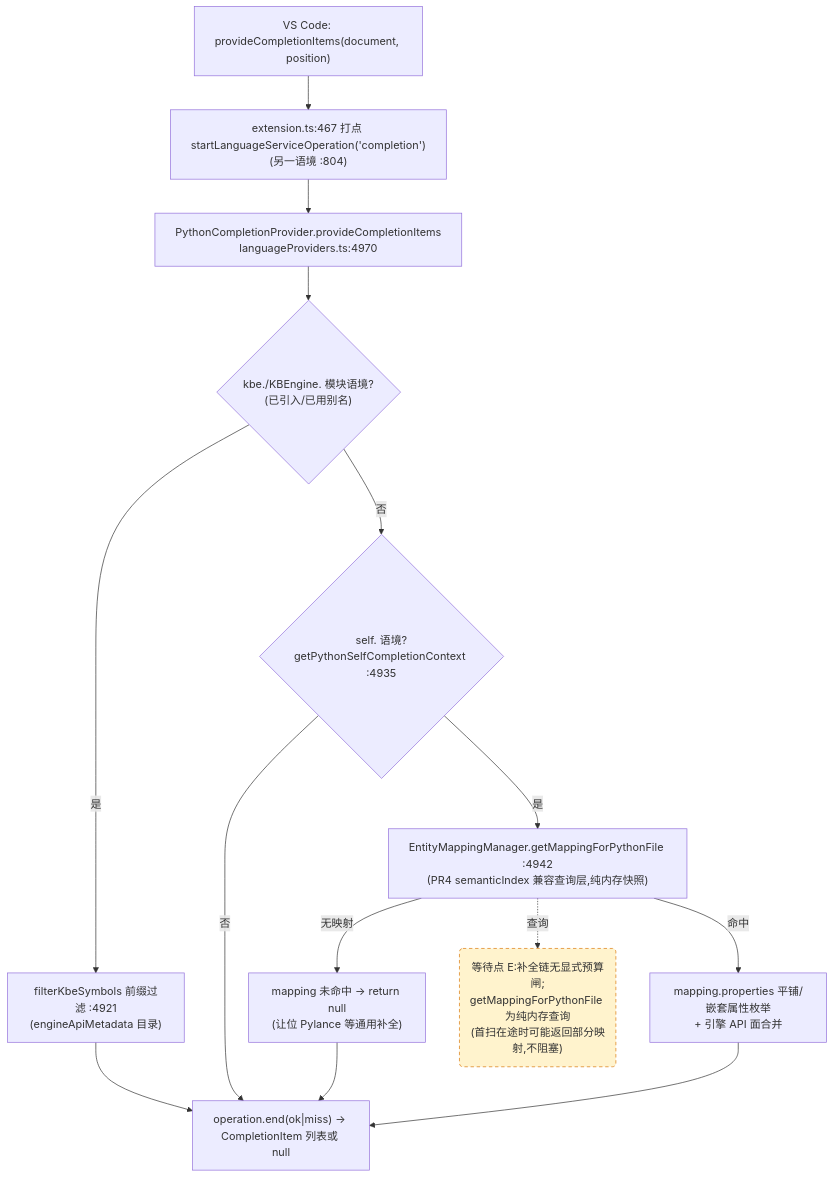
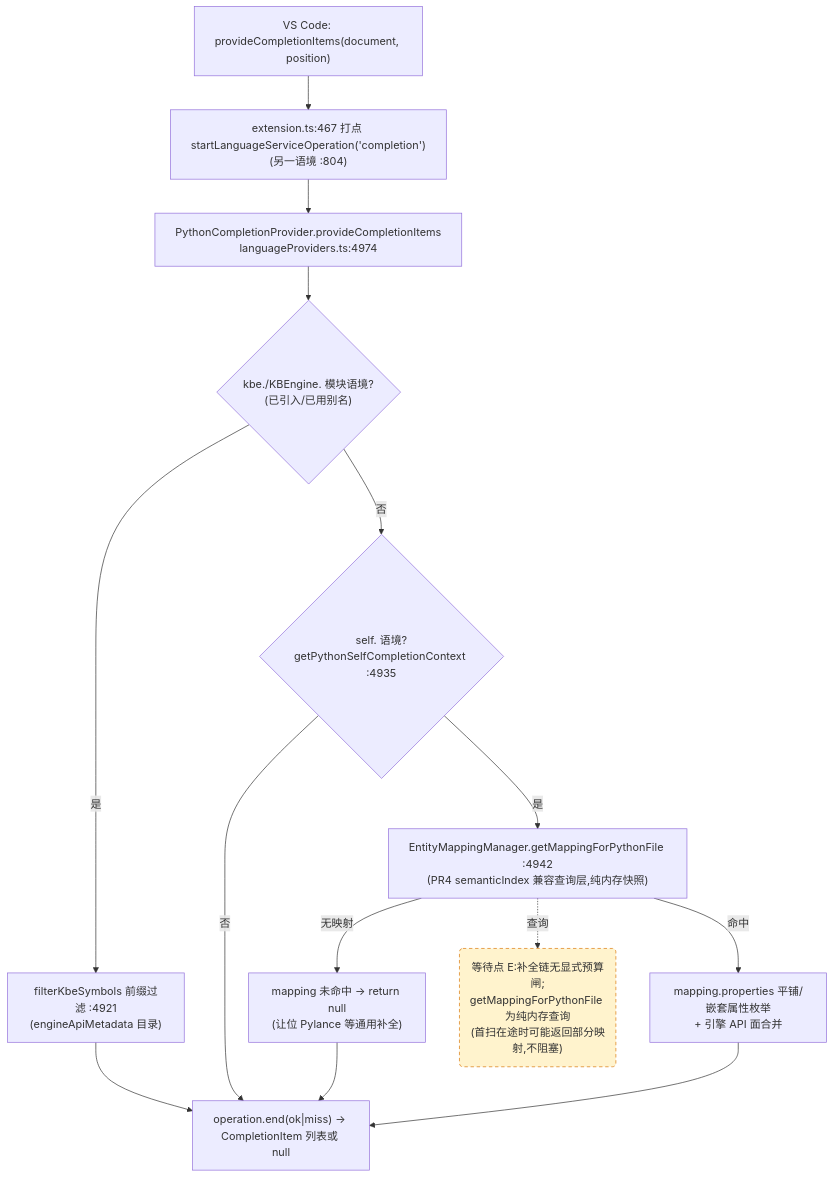
One commit to cuihairu/kode changed the third of 4 diagrams in docs/perf/2026-baseline.md. Above: the diagram before and after it, drawn with Mermaid. The commit also changed other lines of this file and 4 other files, not shown here.

````diff
--- a/docs/perf/2026-baseline.md
+++ b/docs/perf/2026-baseline.md
@@ -184,27 +184,27 @@
 ```mermaid
 flowchart TD
   VC3["VS Code: provideCompletionItems(document, position)"]
   M3["extension.ts:467 打点 startLanguageServiceOperation('completion')<br/>(另一语境 :804)"]
-  CP["PythonCompletionProvider.provideCompletionItems<br/>languageProviders.ts:4970"]
+  CP["PythonCompletionProvider.provideCompletionItems<br/>languageProviders.ts:4974"]
   KBEC{"kbe./KBEngine. 模块语境?<br/>(已引入/已用别名)"}
   FILTER["filterKbeSymbols 前缀过滤 :4921<br/>(engineApiMetadata 目录)"]
   SELFC{"self. 语境?<br/>getPythonSelfCompletionContext :4935"}
   MAP["EntityMappingManager.getMappingForPythonFile :4942<br/>(PR4 semanticIndex 兼容查询层,纯内存快照)"]
   NOMAP["mapping 未命中 → return null<br/>(让位 Pylance 等通用补全)"]
   PROPS["mapping.properties 平铺/嵌套属性枚举<br/>+ 引擎 API 面合并"]
   END3["operation.end(ok|miss) → CompletionItem 列表或 null"]
 
   VC3 --> M3 --> CP --> KBEC
   KBEC -- "是" --> FILTER --> END3
   KBEC -- "否" --> SELFC
   SELFC -- "否" --> END3
   SELFC -- "是" --> MAP
   MAP -- "无映射" --> NOMAP --> END3
   MAP -- "命中" --> PROPS --> END3
 
   WAITE("等待点 E:补全链无显式预算闸;<br/>getMappingForPythonFile 为纯内存查询<br/>(首扫在途时可能返回部分映射,不阻塞)")
   MAP -.->|查询| WAITE
 
   classDef waitPoint fill:#fff3cd,stroke:#d97706,stroke-dasharray:5 4;
   class WAITE waitPoint;
 ```
````
